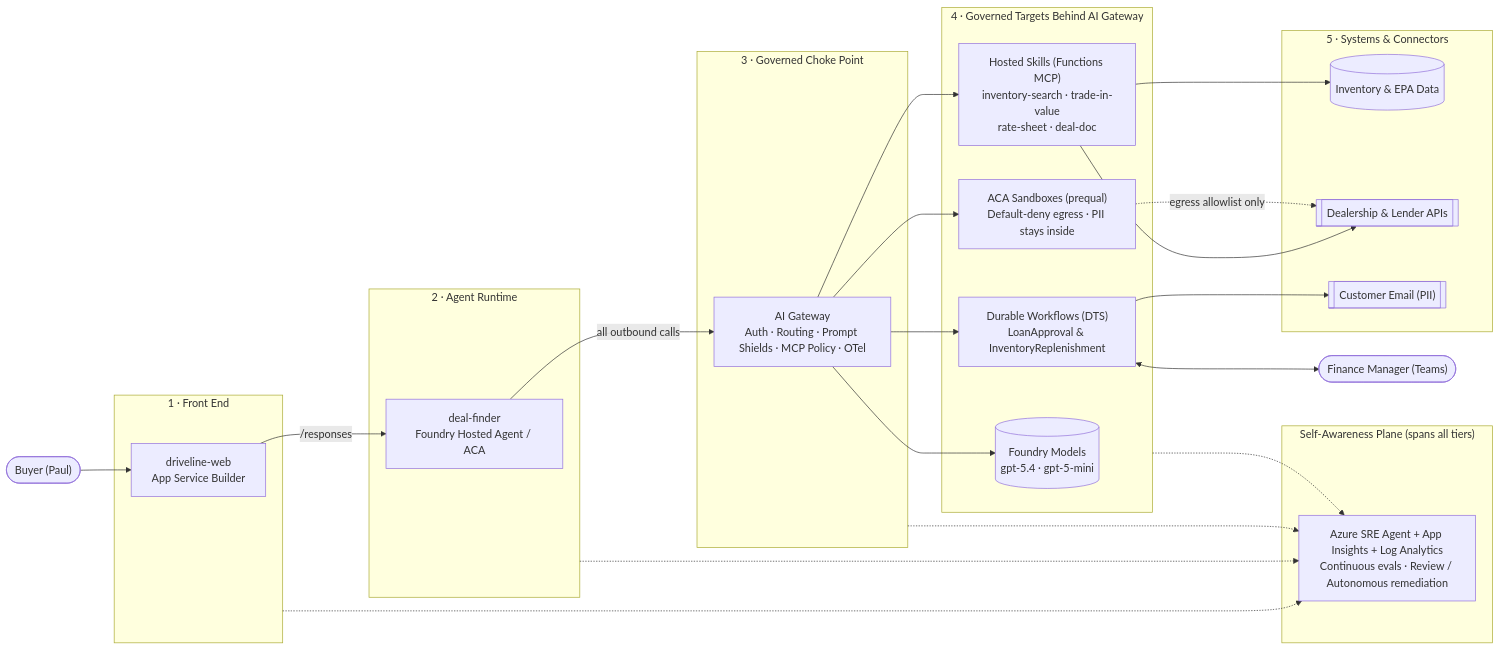
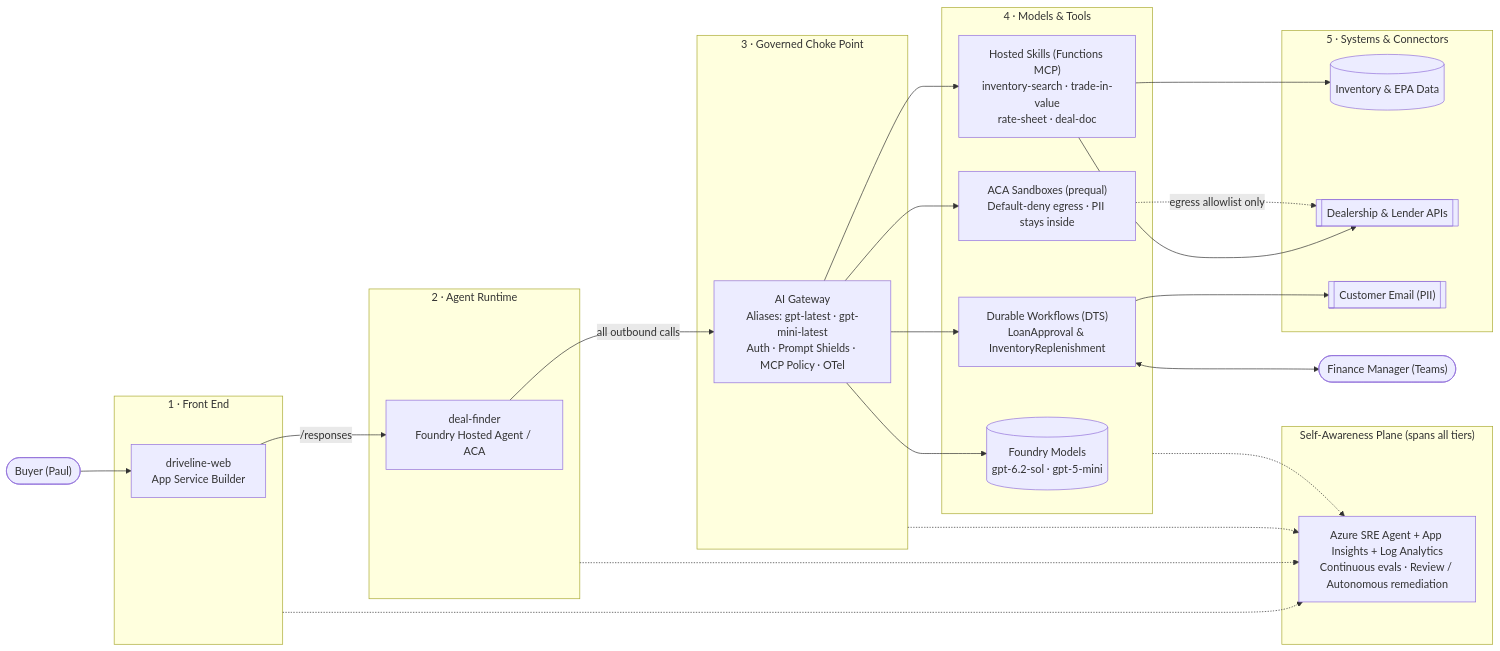
One commit to Azure-Samples/azure-app-platform-templates changed the diagram in docs/azure-app-platform-plan.md. Above: the diagram before and after it, drawn with Mermaid. The commit also changed other lines of this file and 5 other files, not shown here.

First line of the commit message:
Use Models & Tools header, gpt-latest/gpt-mini-latest aliases, and gpt-6.2-sol + gpt-5-mini

````diff
--- a/docs/azure-app-platform-plan.md
+++ b/docs/azure-app-platform-plan.md
@@ -51,50 +51,50 @@
 ```mermaid
 flowchart LR
   buyer(["Buyer (Paul)"])
   dealer(["Finance Manager (Teams)"])
 
   subgraph FE["1 · Front End"]
     web["driveline-web<br/>App Service Builder"]
   end
 
   subgraph AG["2 · Agent Runtime"]
     agent["deal-finder<br/>Foundry Hosted Agent / ACA"]
   end
 
   subgraph GW["3 · Governed Choke Point"]
-    aigw["AI Gateway<br/>Auth · Routing · Prompt Shields · MCP Policy · OTel"]
+    aigw["AI Gateway<br/>Aliases: gpt-latest · gpt-mini-latest<br/>Auth · Prompt Shields · MCP Policy · OTel"]
   end
 
-  subgraph BEHIND["4 · Governed Targets Behind AI Gateway"]
-    models[("Foundry Models<br/>gpt-5.4 · gpt-5-mini")]
+  subgraph BEHIND["4 · Models & Tools"]
+    models[("Foundry Models<br/>gpt-6.2-sol · gpt-5-mini")]
     sbx["ACA Sandboxes (prequal)<br/>Default-deny egress · PII stays inside"]
     skills["Hosted Skills (Functions MCP)<br/>inventory-search · trade-in-value<br/>rate-sheet · deal-doc"]
     dts["Durable Workflows (DTS)<br/>LoanApproval & InventoryReplenishment"]
   end
 
   subgraph SYS["5 · Systems & Connectors"]
     inv[("Inventory & EPA Data")]
     lender[["Dealership & Lender APIs"]]
     email[["Customer Email (PII)"]]
   end
 
   subgraph SRE["Self-Awareness Plane (spans all tiers)"]
     sreagent["Azure SRE Agent + App Insights + Log Analytics<br/>Continuous evals · Review / Autonomous remediation"]
   end
 
   buyer --> web -->|"/responses"| agent -->|"all outbound calls"| aigw
   aigw --> models
   aigw --> sbx
   aigw --> skills
   aigw --> dts
   skills --> inv
   skills --> lender
   sbx -.->|"egress allowlist only"| lender
   dts <--> dealer
   dts --> email
 
   FE -.-> sreagent
   AG -.-> sreagent
   GW -.-> sreagent
   BEHIND -.-> sreagent
 ```
````
